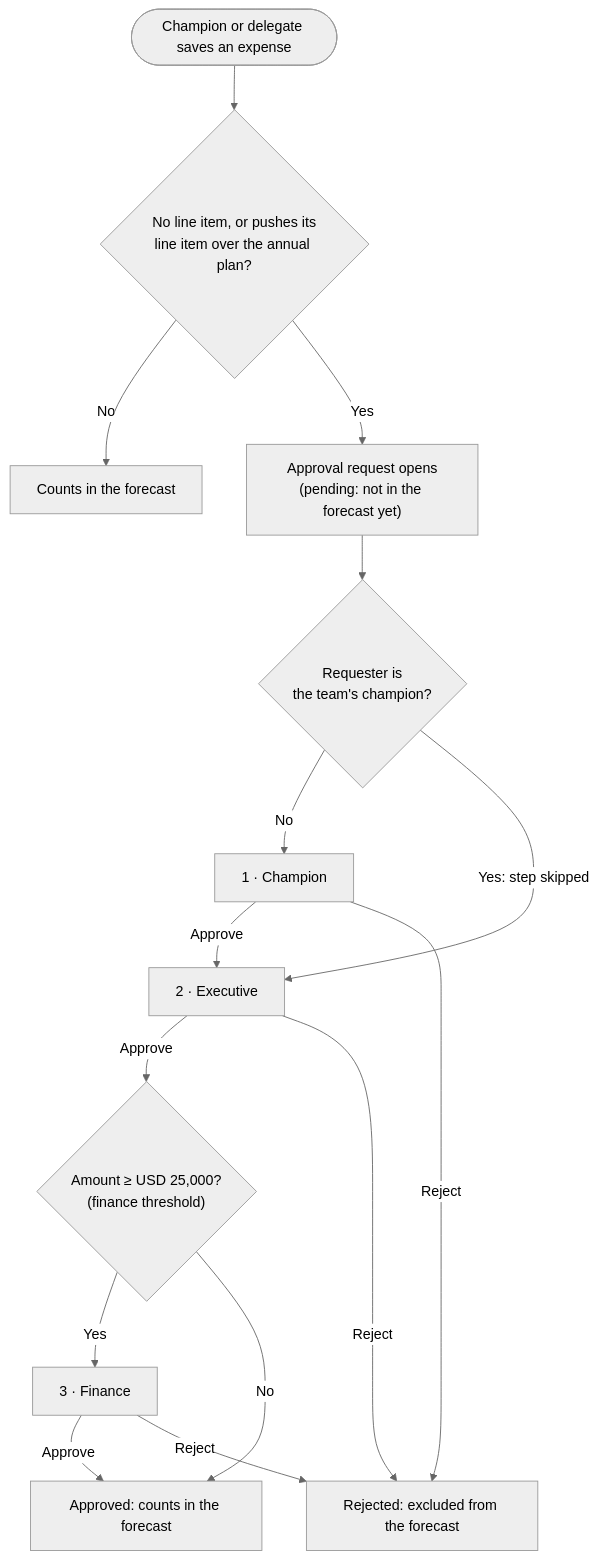
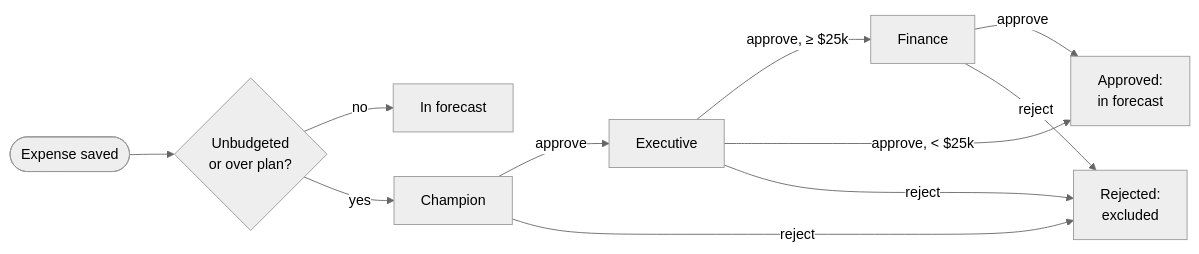
One commit to angelarroyod/budget-tracker changed the diagram in README.md. Above: the diagram before and after it, drawn with Mermaid (neutral theme). The commit also changed other lines of this file, not shown here.

Commit message:
README: make the approval diagram compact
The top-down flowchart rendered about 1,700px tall. Lay it out left to
right with shorter labels, fold the finance threshold into the edges
out of Executive, and move the champion self-request skip and the
pending-not-in-forecast rule into the sentence below. Routing is
unchanged.

````diff
--- a/README.md
+++ b/README.md
@@ -69,17 +69,11 @@
 ```mermaid
-flowchart TD
-  save([Champion or delegate saves an expense]) --> need{"No line item, or pushes its<br/>line item over the annual plan?"}
-  need -- No --> counts["Counts in the forecast"]
-  need -- Yes --> req["Approval request opens<br/>(pending: not in the forecast yet)"]
-  req --> self{"Requester is<br/>the team's champion?"}
-  self -- "No" --> champ["1 · Champion"]
-  self -- "Yes: step skipped" --> exec["2 · Executive"]
-  champ -- Approve --> exec
-  exec -- Approve --> amt{"Amount ≥ USD 25,000?<br/>(finance threshold)"}
-  amt -- Yes --> fin["3 · Finance"]
-  amt -- No --> ok["Approved: counts in the forecast"]
-  fin -- Approve --> ok
-  champ -- Reject --> no["Rejected: excluded from the forecast"]
-  exec -- Reject --> no
-  fin -- Reject --> no
+flowchart LR
+  e([Expense saved]) --> q{Unbudgeted<br/>or over plan?}
+  q -- no --> f[In forecast]
+  q -- yes --> c[Champion]
+  c -- approve --> x[Executive]
+  x -- "approve, ≥ $25k" --> fin[Finance]
+  x -- "approve, < $25k" --> ok[Approved:<br/>in forecast]
+  fin -- approve --> ok
+  c & x & fin -- reject --> no[Rejected:<br/>excluded]
 ```
````
